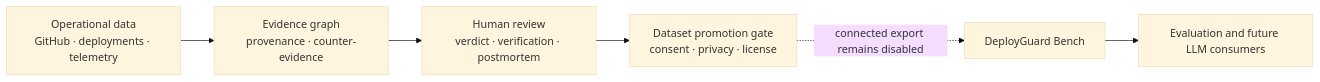
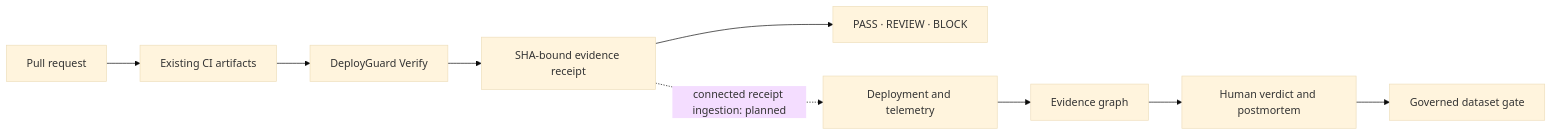
Before and after one commit to kingggg5/deployguardai: the diagram in README.md, drawn with Mermaid (base theme). The commit also changed other lines of this file and 98 other files, not shown here.

````diff
--- a/README.md
+++ b/README.md
@@ -50,8 +35,11 @@
 ```mermaid
 flowchart LR
-    Data["Operational data\nGitHub · deployments · telemetry"] --> Graph["Evidence graph\nprovenance · counter-evidence"]
-    Graph --> Review["Human review\nverdict · verification · postmortem"]
-    Review --> Gate["Dataset promotion gate\nconsent · privacy · license"]
-    Gate -. "connected export remains disabled" .-> Bench["DeployGuard Bench"]
-    Bench --> Consumer["Evaluation and future LLM consumers"]
+    PR["Pull request"] --> CI["Existing CI artifacts"]
+    CI --> Verify["DeployGuard Verify"]
+    Verify --> Receipt["SHA-bound evidence receipt"]
+    Receipt --> Check["PASS · REVIEW · BLOCK"]
+    Deploy["Deployment and telemetry"] --> Graph["Evidence graph"]
+    Graph --> Verdict["Human verdict and postmortem"]
+    Verdict --> Gate["Governed dataset gate"]
+    Receipt -. "connected receipt ingestion: planned" .-> Deploy
 ```
````
